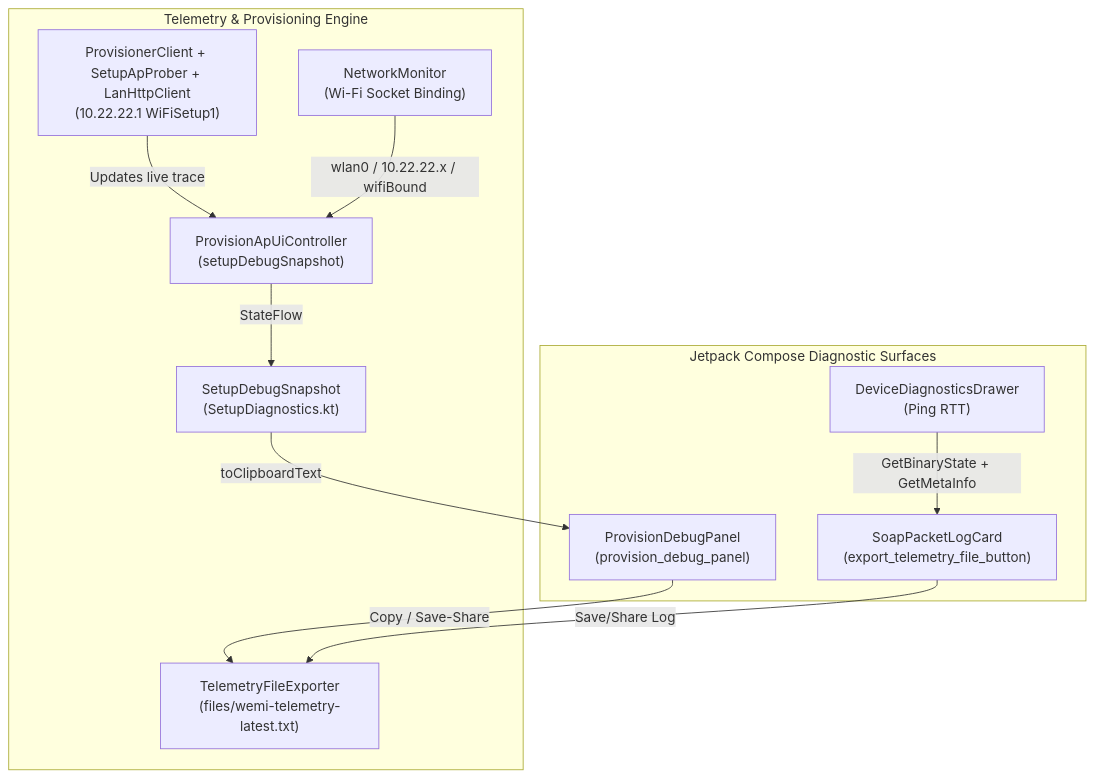
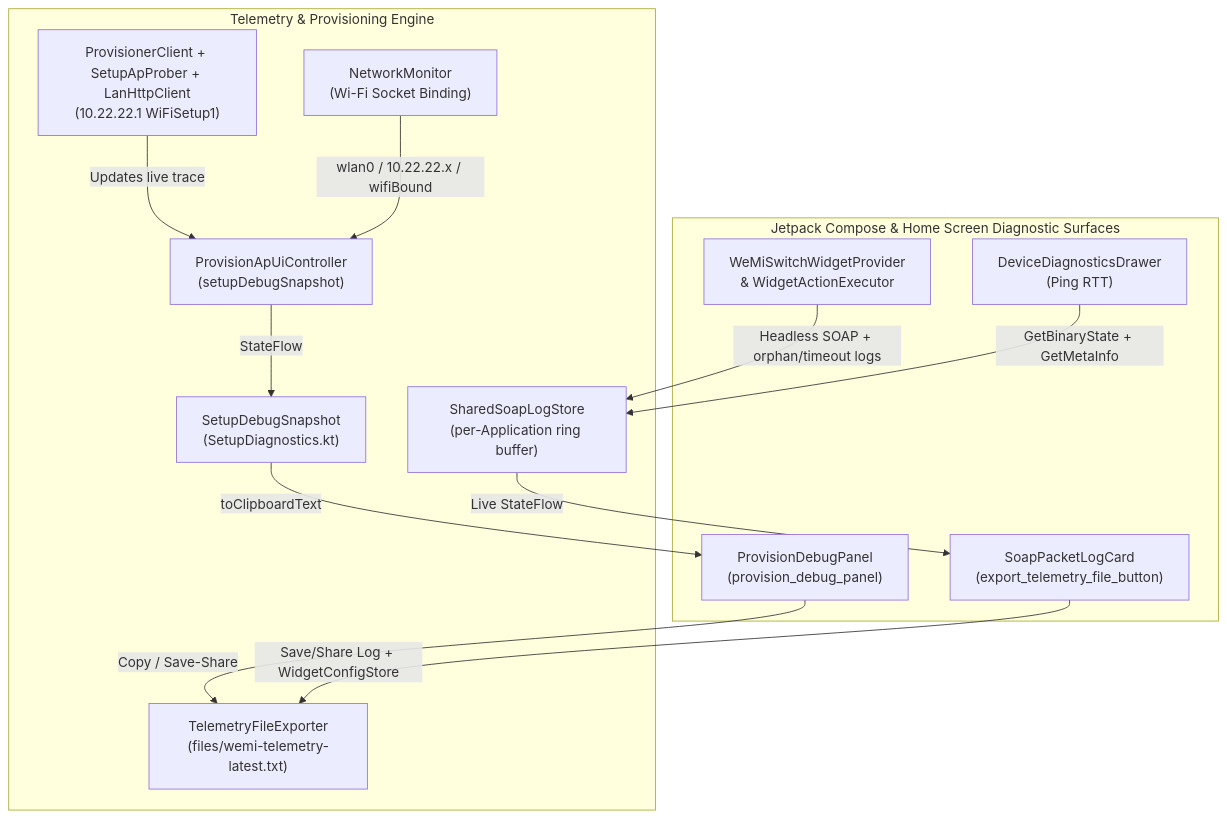
Before and after one commit to MichaelRHead/WeMi-light-control: the diagram in DEBUGGING_AND_SUPPORT.md, drawn with Mermaid. The commit also changed other lines of this file and 16 other files, not shown here.

First line of the commit message:
feat(telemetry): log widget traffic, offline causes, and sync v31.0 docs

````diff
--- a/DEBUGGING_AND_SUPPORT.md
+++ b/DEBUGGING_AND_SUPPORT.md
@@ -41,24 +42,28 @@
 ```mermaid
 flowchart TD
-    subgraph UI["Jetpack Compose Diagnostic Surfaces"]
+    subgraph UI["Jetpack Compose & Home Screen Diagnostic Surfaces"]
         P["ProvisionDebugPanel\n(provision_debug_panel)"]
         M["SoapPacketLogCard\n(export_telemetry_file_button)"]
         D["DeviceDiagnosticsDrawer\n(Ping RTT)"]
+        W["WeMiSwitchWidgetProvider\n& WidgetActionExecutor"]
     end
 
     subgraph Core["Telemetry & Provisioning Engine"]
         U["ProvisionApUiController\n(setupDebugSnapshot)"]
         S["SetupDebugSnapshot\n(SetupDiagnostics.kt)"]
+        L["SharedSoapLogStore\n(per-Application ring buffer)"]
         E["TelemetryFileExporter\n(files/wemi-telemetry-latest.txt)"]
         C["ProvisionerClient + SetupApProber + LanHttpClient\n(10.22.22.1 WiFiSetup1)"]
         N["NetworkMonitor\n(Wi-Fi Socket Binding)"]
     end
 
     C -->|Updates live trace| U
     N -->|wlan0 / 10.22.22.x / wifiBound| U
     U -->|StateFlow| S
     S -->|toClipboardText| P
+    W -->|Headless SOAP + orphan/timeout logs| L
+    L -->|Live StateFlow| M
     P -->|Copy / Save-Share| E
-    M -->|Save/Share Log| E
-    D -->|GetBinaryState + GetMetaInfo| M
+    M -->|Save/Share Log + WidgetConfigStore| E
+    D -->|GetBinaryState + GetMetaInfo| L
 ```
````
